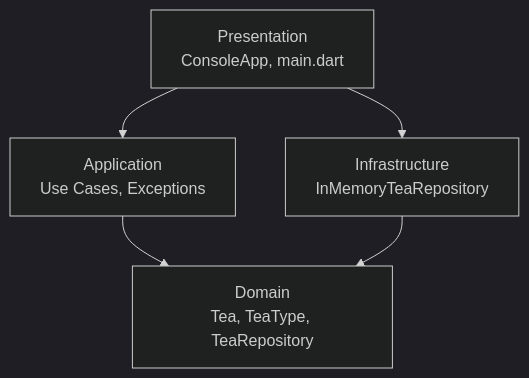
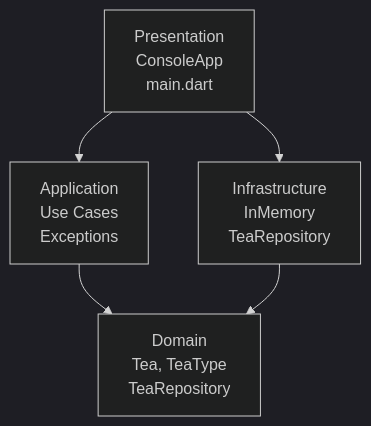
The diagram in README.md (ki27darovskaanastasiia/tea-journal), drawn with Mermaid (dark theme) before and after one commit.

Commit message:
docs: fix truncated labels in architecture diagram

````diff
--- a/README.md
+++ b/README.md
@@ -7,7 +7,7 @@
 ```mermaid
 graph TD
-    P[Presentation<br/>ConsoleApp, main.dart] --> A[Application<br/>Use Cases, Exceptions]
-    P --> I[Infrastructure<br/>InMemoryTeaRepository]
-    A --> D[Domain<br/>Tea, TeaType, TeaRepository]
+    P["Presentation<br/>ConsoleApp<br/>main.dart"] --> A["Application<br/>Use Cases<br/>Exceptions"]
+    P --> I["Infrastructure<br/>InMemory<br/>TeaRepository"]
+    A --> D["Domain<br/>Tea, TeaType<br/>TeaRepository"]
     I --> D
 ```
````
